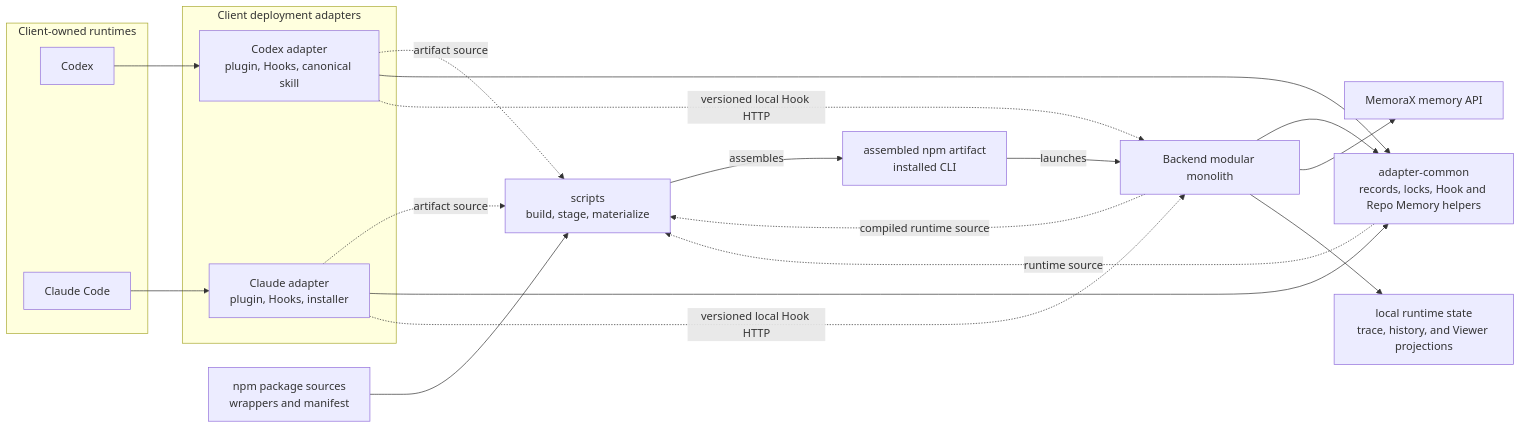
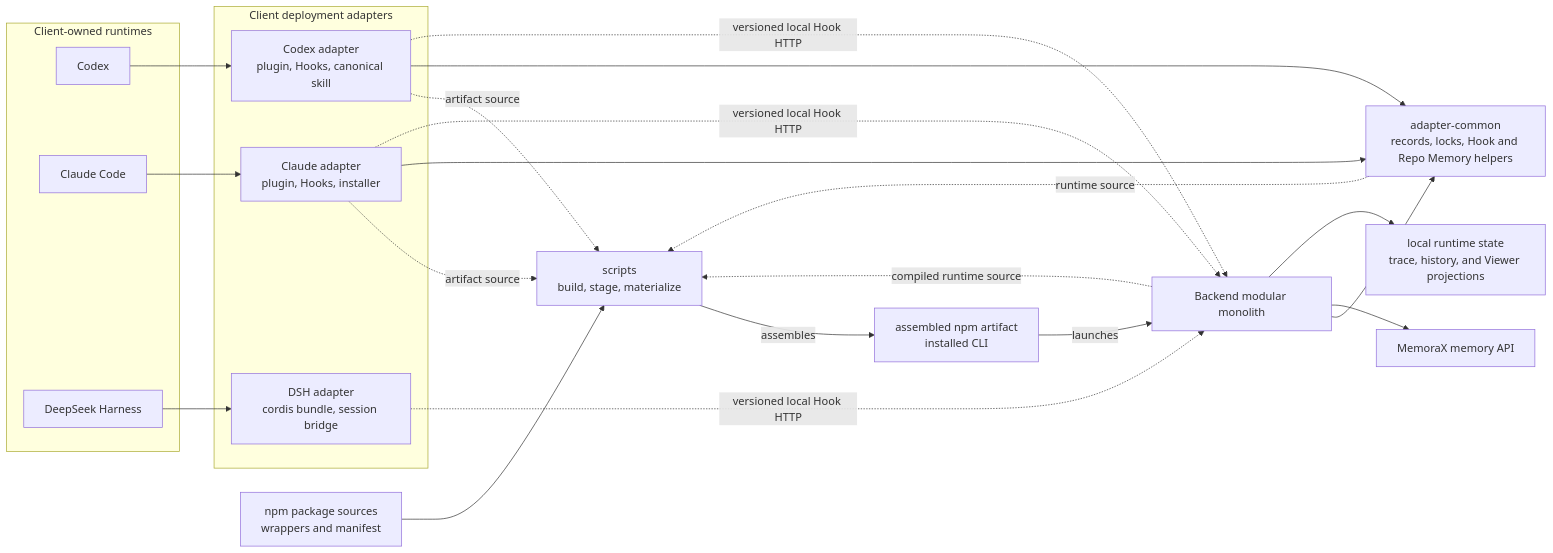
Before and after one commit to memorax-ai/memorax-code: the first of 6 diagrams in ARCHITECTURE.md, drawn with Mermaid. The commit also changed other lines of this file and 26 other files, not shown here.

First line of the commit message:
feat: add DeepSeek Harness (DSH) support

````diff
--- a/ARCHITECTURE.md
+++ b/ARCHITECTURE.md
@@ -39,40 +39,44 @@
 ```mermaid
 flowchart LR
   subgraph Clients["Client-owned runtimes"]
     Codex["Codex"]
     Claude["Claude Code"]
+    Dsh["DeepSeek Harness"]
   end
 
   subgraph Adapters["Client deployment adapters"]
     CodexAdapter["Codex adapter<br/>plugin, Hooks, canonical skill"]
     ClaudeAdapter["Claude adapter<br/>plugin, Hooks, installer"]
+    DshAdapter["DSH adapter<br/>cordis bundle, session bridge"]
   end
 
   Common["adapter-common<br/>records, locks, Hook and Repo Memory helpers"]
   Backend["Backend modular monolith"]
   Npm["npm package sources<br/>wrappers and manifest"]
   Build["scripts<br/>build, stage, materialize"]
   Artifact["assembled npm artifact<br/>installed CLI"]
   MemoraX["MemoraX memory API"]
   Local["local runtime state<br/>trace, history, and Viewer projections"]
 
   Npm --> Build
   Backend -. "compiled runtime source" .-> Build
   Common -. "runtime source" .-> Build
   CodexAdapter -. "artifact source" .-> Build
   ClaudeAdapter -. "artifact source" .-> Build
   Build -->|"assembles"| Artifact
   Artifact -->|"launches"| Backend
 
   Backend --> Common
   CodexAdapter --> Common
   ClaudeAdapter --> Common
 
   Codex --> CodexAdapter
   Claude --> ClaudeAdapter
+  Dsh --> DshAdapter
   CodexAdapter -. "versioned local Hook HTTP" .-> Backend
   ClaudeAdapter -. "versioned local Hook HTTP" .-> Backend
+  DshAdapter -. "versioned local Hook HTTP" .-> Backend
 
   Backend --> MemoraX
   Backend --> Local
 ```
````
